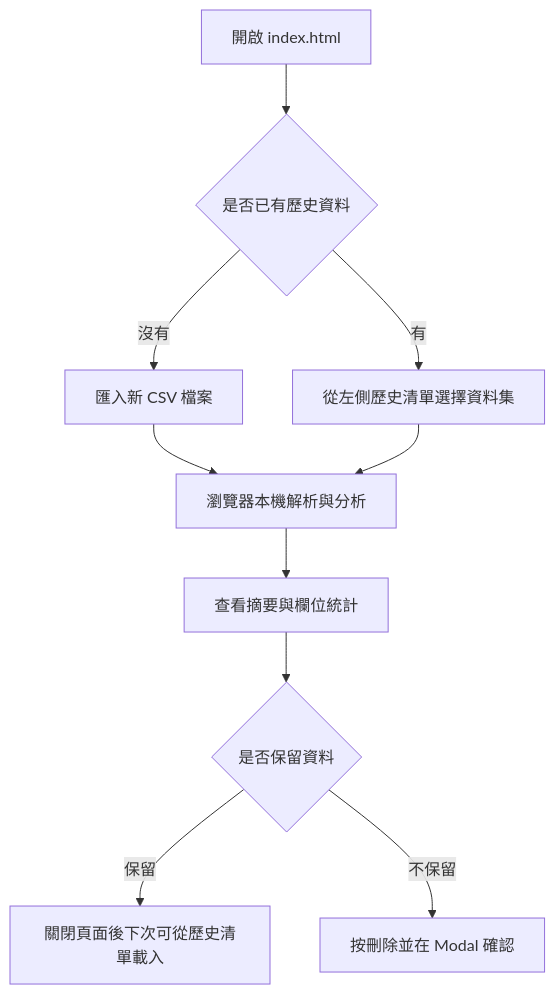
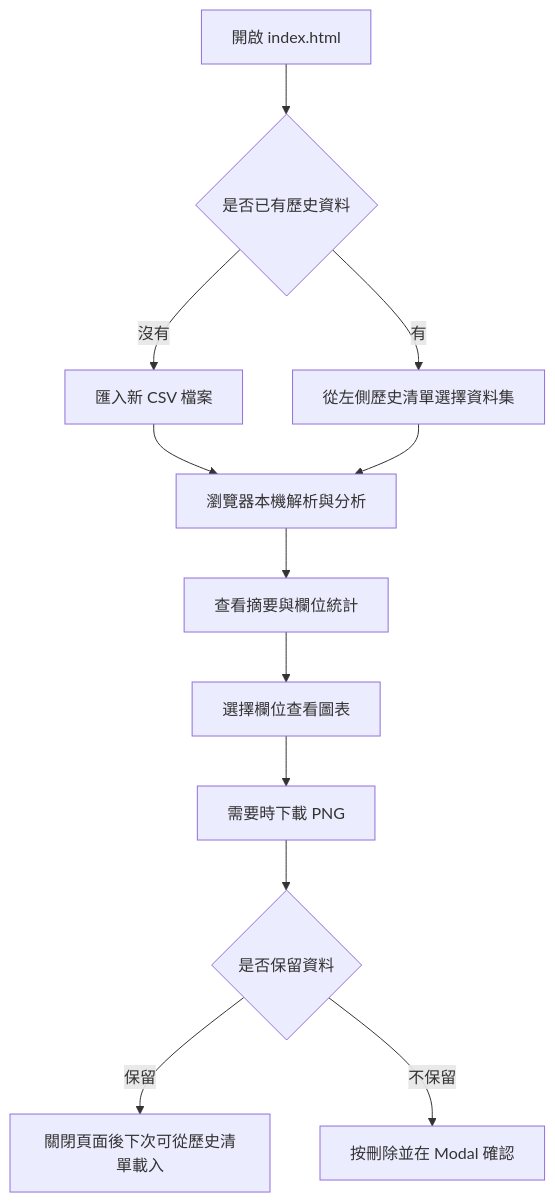
Before and after one commit to DunkLiao/Offline-Data-Analyzer: the first of 2 diagrams in README.md, drawn with Mermaid. The commit also changed other lines of this file and 3 other files, not shown here.

````diff
--- a/README.md
+++ b/README.md
@@ -30,12 +31,14 @@
 ```mermaid
 flowchart TD
   A[開啟 index.html] --> B{是否已有歷史資料}
   B -->|沒有| C[匯入新 CSV 檔案]
   B -->|有| D[從左側歷史清單選擇資料集]
   C --> E[瀏覽器本機解析與分析]
   D --> E
   E --> F[查看摘要與欄位統計]
-  F --> G{是否保留資料}
+  F --> J[選擇欄位查看圖表]
+  J --> K[需要時下載 PNG]
+  K --> G{是否保留資料}
   G -->|保留| H[關閉頁面後下次可從歷史清單載入]
   G -->|不保留| I[按刪除並在 Modal 確認]
 ```
````
